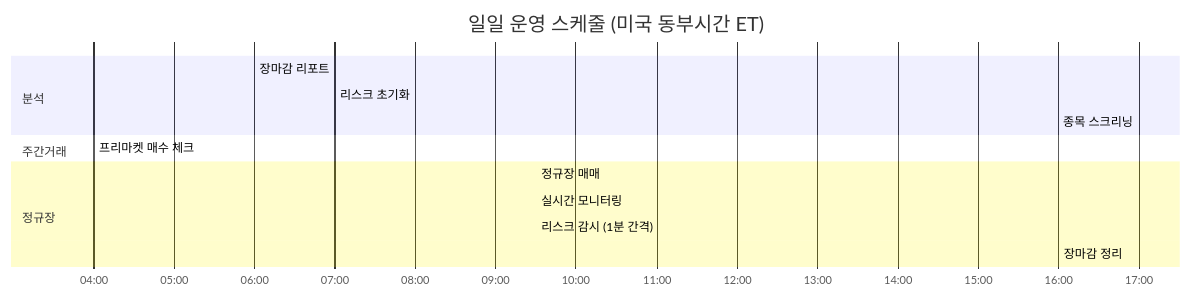
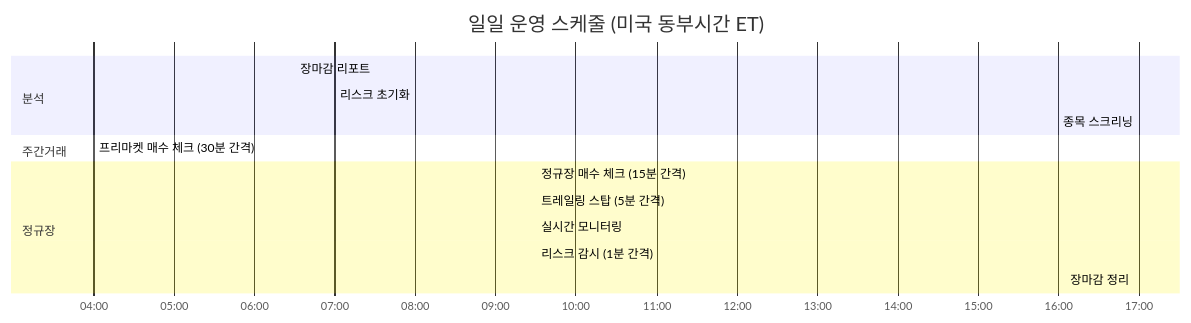
The third of 3 diagrams in README.md (programgarden/offline_class_20250405), drawn with Mermaid before and after one commit. The commit also changed other lines of this file and 10 other files, not shown here.

````diff
--- a/README.md
+++ b/README.md
@@ -67,20 +71,21 @@
 ```mermaid
 gantt
     title 일일 운영 스케줄 (미국 동부시간 ET)
     dateFormat HH:mm
     axisFormat %H:%M
 
     section 분석
-    장마감 리포트           :done, 06:00, 30min
+    장마감 리포트           :done, 06:30, 30min
     리스크 초기화           :done, 07:00, 10min
     종목 스크리닝           :active, 17:00, 30min
 
     section 주간거래
-    프리마켓 매수 체크       :04:00, 240min
+    프리마켓 매수 체크 (30분 간격) :04:00, 240min
 
     section 정규장
-    정규장 매매             :09:30, 390min
-    실시간 모니터링          :09:30, 390min
-    리스크 감시 (1분 간격)   :09:30, 390min
-    장마감 정리             :16:00, 10min
+    정규장 매수 체크 (15분 간격)  :09:30, 390min
+    트레일링 스탑 (5분 간격)      :09:30, 390min
+    실시간 모니터링               :09:30, 390min
+    리스크 감시 (1분 간격)        :09:30, 390min
+    장마감 정리                  :16:05, 10min
 ```
````
